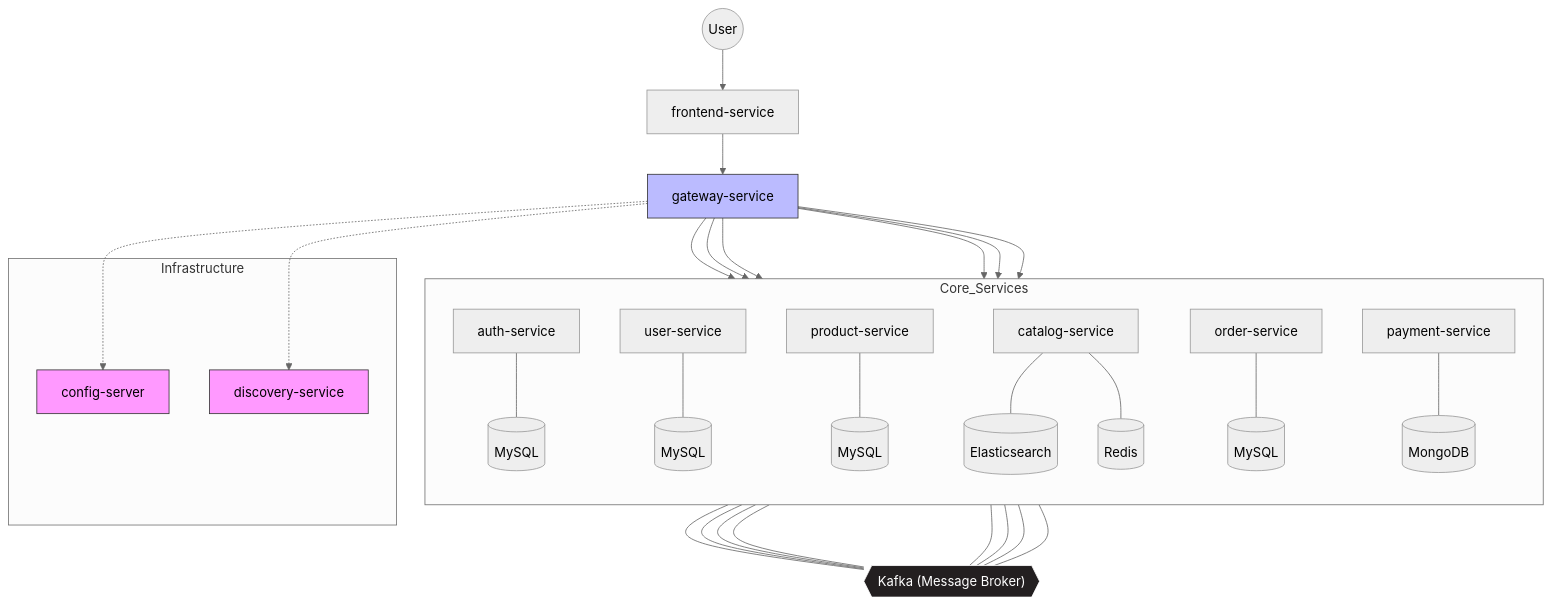
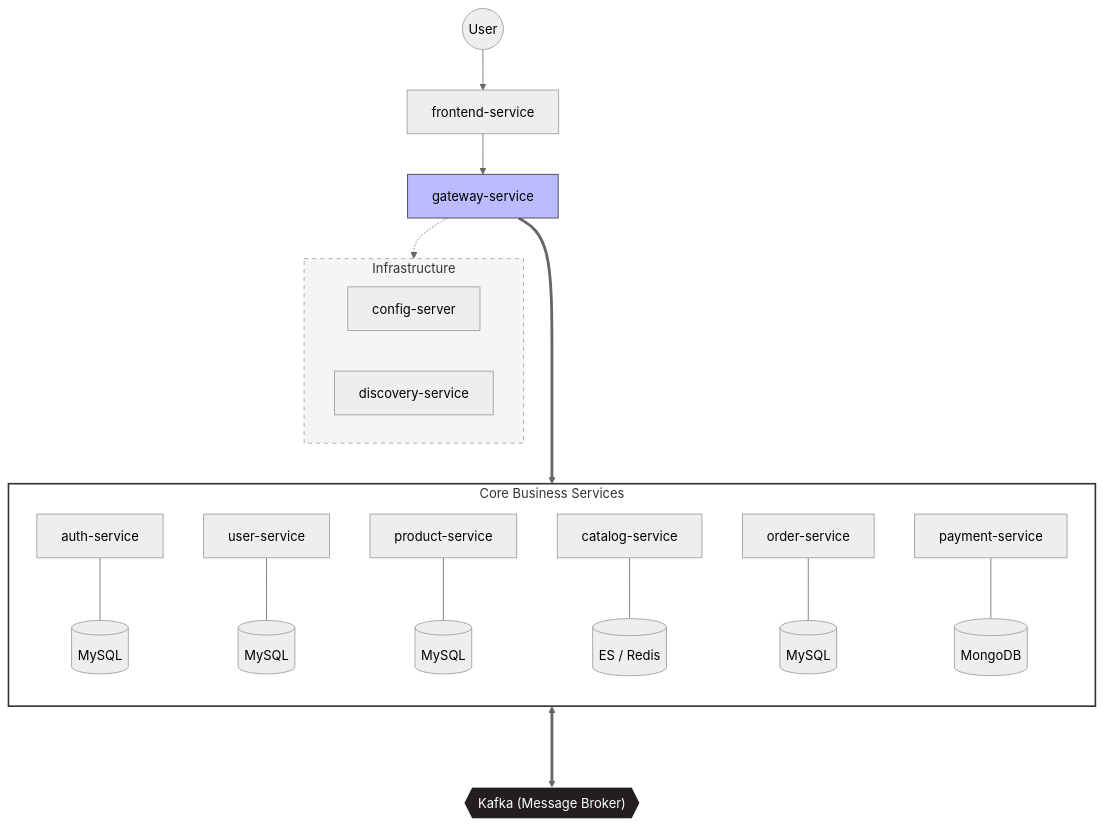
The first of 3 diagrams in README.md (gr1993/ecommerce-msa), drawn with Mermaid (neutral theme) before and after one commit.

Commit message:
docs: README에 아키텍처 구성도 선 정리

````diff
--- a/README.md
+++ b/README.md
@@ -12,68 +12,48 @@
 ```mermaid
 flowchart TD
     %% 사용자 및 프론트엔드
     User((User)) --> FE[frontend-service]
     FE --> GW[gateway-service]
 
     %% 인프라 서비스
-    subgraph Infrastructure
+    subgraph Infrastructure ["Infrastructure"]
         Config[config-server]
         Discovery[discovery-service]
     end
 
-    GW -.-> Discovery
-    GW -.-> Config
+    GW -.-> Infrastructure
 
-    %% 비즈니스 서비스 및 DB
-    subgraph Core_Services
+    %% 비즈니스 서비스 그룹 (박스 자체와 연결)
+    subgraph Core_Services ["Core Business Services"]
         direction TB
         Auth[auth-service] --- AuthDB[(MySQL)]
         UserS[user-service] --- UserDB[(MySQL)]
         Prod[product-service] --- ProdDB[(MySQL)]
-        Cat[catalog-service] --- CatES[(Elasticsearch)]
-        Cat --- CatRedis[(Redis)]
+        Cat[catalog-service] --- CatES[(ES / Redis)]
         Order[order-service] --- OrderDB[(MySQL)]
         Pay[payment-service] --- PayDB[(MongoDB)]
     end
 
-    %% API 라우팅
-    GW --> Auth
-    GW --> UserS
-    GW --> Prod
-    GW --> Cat
-    GW --> Order
-    GW --> Pay
-
-    %% 메시지 브로커 (Kafka) 연결: 비즈니스 로직을 배제한 구조적 연결
+    %% 중앙 메시지 브로커
     Kafka{{"Kafka (Message Broker)"}}
 
-    %% 발행(Pub) 측면
-    Auth --- Kafka
-    UserS --- Kafka
-    Prod --- Kafka
-    Order --- Kafka
-    
-    %% 구독(Sub) 측면
-    Kafka --- Cat
-    Kafka --- Pay
-    Kafka --- Prod
-    Kafka --- Order
+    %% 개별 서비스가 아닌 박스(그룹) 단위로 연결
+    GW ===> Core_Services
+    Core_Services <===> Kafka
 
     %% 스타일 설정
     style Kafka fill:#231F20,stroke:#FFF,color:#FFF
-    style Discovery fill:#f9f,stroke:#333
-    style Config fill:#f9f,stroke:#333
+    style Infrastructure fill:#f5f5f5,stroke:#9e9e9e,stroke-dasharray: 5 5
     style GW fill:#bbf,stroke:#333
-    
-    %% GitHub 레포지토리 풀 경로 링크 설정
-    click FE "https://github.com/gr1993/ecommerce-msa/tree/main/service/frontend-service" "Go to Frontend"
-    click GW "https://github.com/gr1993/ecommerce-msa/tree/main/service/gateway-service" "Go to Gateway"
-    click Config "https://github.com/gr1993/ecommerce-msa/tree/main/service/config-server" "Go to Config"
-    click Discovery "https://github.com/gr1993/ecommerce-msa/tree/main/service/discovery-service" "Go to Discovery"
-    click Auth "https://github.com/gr1993/ecommerce-msa/tree/main/service/auth-service" "Go to Auth"
-    click UserS "https://github.com/gr1993/ecommerce-msa/tree/main/service/user-service" "Go to User"
-    click Prod "https://github.com/gr1993/ecommerce-msa/tree/main/service/product-service" "Go to Product"
-    click Cat "https://github.com/gr1993/ecommerce-msa/tree/main/service/catalog-service" "Go to Catalog"
-    click Order "https://github.com/gr1993/ecommerce-msa/tree/main/service/order-service" "Go to Order"
-    click Pay "https://github.com/gr1993/ecommerce-msa/tree/main/service/payment-service" "Go to Payment"
+    style Core_Services fill:#fff,stroke:#333,stroke-width:2px
+
+    %% 클릭 링크
+    click FE "https://github.com/gr1993/ecommerce-msa/tree/main/service/frontend-service"
+    click GW "https://github.com/gr1993/ecommerce-msa/tree/main/service/gateway-service"
+    click Auth "https://github.com/gr1993/ecommerce-msa/tree/main/service/auth-service"
+    click UserS "https://github.com/gr1993/ecommerce-msa/tree/main/service/user-service"
+    click Prod "https://github.com/gr1993/ecommerce-msa/tree/main/service/product-service"
+    click Cat "https://github.com/gr1993/ecommerce-msa/tree/main/service/catalog-service"
+    click Order "https://github.com/gr1993/ecommerce-msa/tree/main/service/order-service"
+    click Pay "https://github.com/gr1993/ecommerce-msa/tree/main/service/payment-service"
 ```
````
